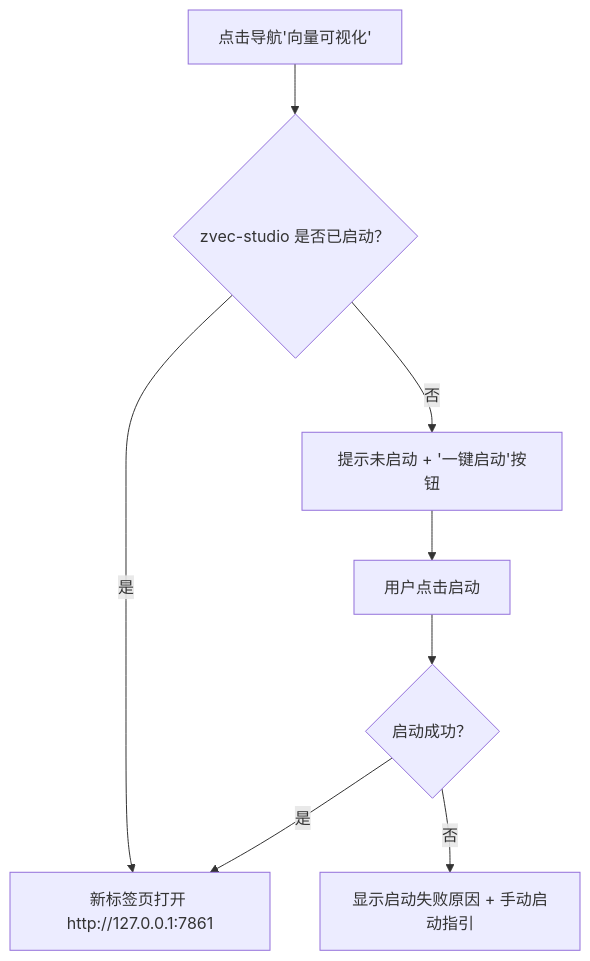
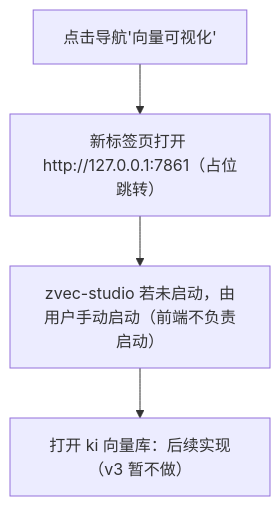
One commit to HACK-WU/kisearch changed the seventh of 7 diagrams in .requirements/2026-08-06-可视化前端界面/design/interaction-design.md. Above: the diagram before and after it, drawn with Mermaid. The commit also changed other lines of this file and 52 other files, not shown here.

````diff
--- a/.requirements/2026-08-06-可视化前端界面/design/interaction-design.md
+++ b/.requirements/2026-08-06-可视化前端界面/design/interaction-design.md
@@ -205,10 +211,6 @@
 ```mermaid
 flowchart TD
-    A["点击导航'向量可视化'"] --> B{"zvec-studio 是否已启动？"}
-    B -->|是| C["新标签页打开 http://127.0.0.1:7861"]
-    B -->|否| D["提示未启动 + '一键启动'按钮"]
-    D --> E["用户点击启动"]
-    E --> F{"启动成功？"}
-    F -->|是| C
-    F -->|否| G["显示启动失败原因 + 手动启动指引"]
+    A["点击导航'向量可视化'"] --> B["新标签页打开 http://127.0.0.1:7861（占位跳转）"]
+    B --> C["zvec-studio 若未启动，由用户手动启动（前端不负责启动）"]
+    C --> D["打开 ki 向量库：后续实现（v3 暂不做）"]
 ```
````
